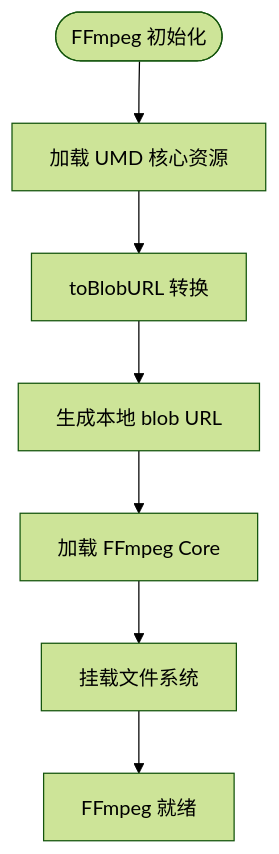
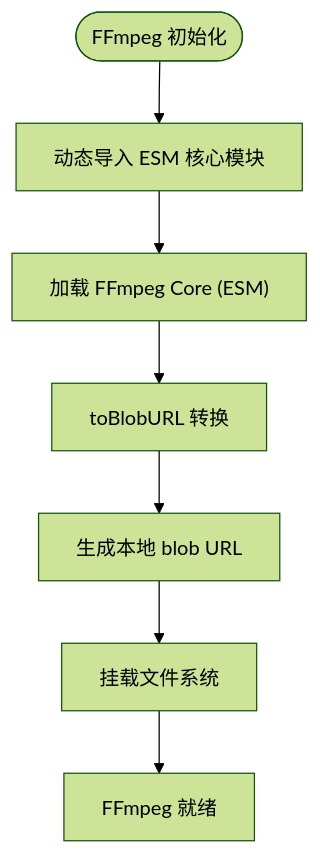
Before and after one commit to sgyy/privadeck: the third of 5 diagrams in .qoder/repowiki/zh/content/性能优化.md, drawn with Mermaid (forest theme). The commit also changed other lines of this file and 3 other files, not shown here.

````diff
--- a/.qoder/repowiki/zh/content/性能优化.md
+++ b/.qoder/repowiki/zh/content/性能优化.md
@@ -151,9 +153,9 @@
 ```mermaid
 flowchart TD
-Start(["FFmpeg 初始化"]) --> LoadUMD["加载 UMD 核心资源"]
-LoadUMD --> ToBlob["toBlobURL 转换"]
+Start(["FFmpeg 初始化"]) --> DynamicImport["动态导入 ESM 核心模块"]
+DynamicImport --> LoadCore["加载 FFmpeg Core (ESM)"]
+LoadCore --> ToBlob["toBlobURL 转换"]
 ToBlob --> BlobURL["生成本地 blob URL"]
-BlobURL --> LoadCore["加载 FFmpeg Core"]
-LoadCore --> MountFS["挂载文件系统"]
+BlobURL --> MountFS["挂载文件系统"]
 MountFS --> Ready["FFmpeg 就绪"]
 ```
````
